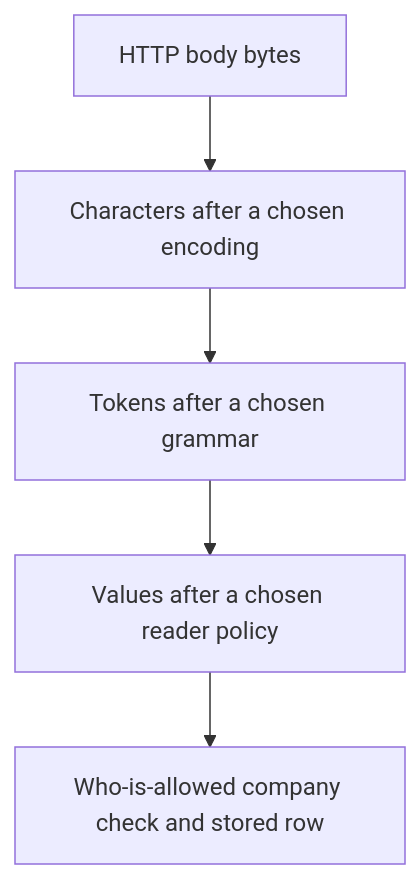
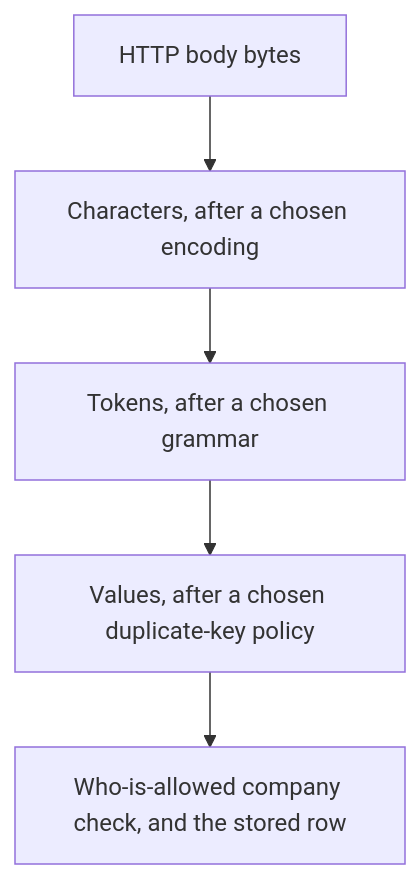
Before and after one commit to ishitvagoel/LearnSecurity: the first of 2 diagrams in content/modules/2/2.1/lessons/01-property.md, drawn with Mermaid. The commit also changed other lines of this file and 17 other files, not shown here.

````diff
--- a/content/modules/2/2.1/lessons/01-property.md
+++ b/content/modules/2/2.1/lessons/01-property.md
@@ -18,7 +21,7 @@
 ```mermaid
 flowchart TD
-  Bytes[HTTP body bytes] --> Chars[Characters after a chosen encoding]
-  Chars --> Tokens[Tokens after a chosen grammar]
-  Tokens --> Values[Values after a chosen reader policy]
-  Values --> Decision[Who-is-allowed company check and stored row]
+  Bytes[HTTP body bytes] --> Chars[Characters, after a chosen encoding]
+  Chars --> Tokens[Tokens, after a chosen grammar]
+  Tokens --> Values[Values, after a chosen duplicate-key policy]
+  Values --> Decision[Who-is-allowed company check, and the stored row]
 ```
````
